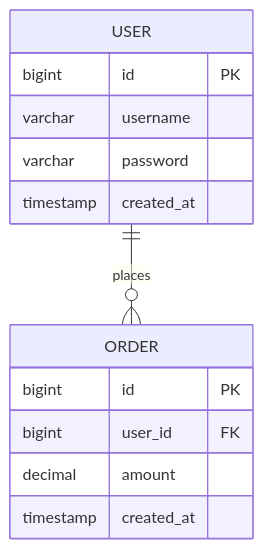
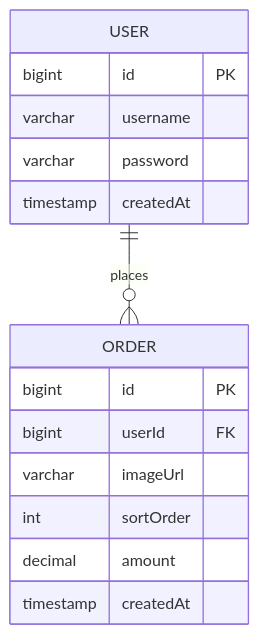
Before and after one commit to Whisper24X/personal: the second of 2 diagrams in .agents/skills/design/references/design-template.md, drawn with Mermaid. The commit also changed other lines of this file and 207 other files, not shown here.

````diff
--- a/.agents/skills/design/references/design-template.md
+++ b/.agents/skills/design/references/design-template.md
@@ -202,16 +204,18 @@
 ```mermaid
 erDiagram
     USER ||--o{ ORDER : places
     USER {
         bigint id PK
         varchar username
         varchar password
-        timestamp created_at
+        timestamp createdAt
     }
     ORDER {
         bigint id PK
-        bigint user_id FK
+        bigint userId FK
+        varchar imageUrl
+        int sortOrder
         decimal amount
-        timestamp created_at
+        timestamp createdAt
     }
 ```
````
